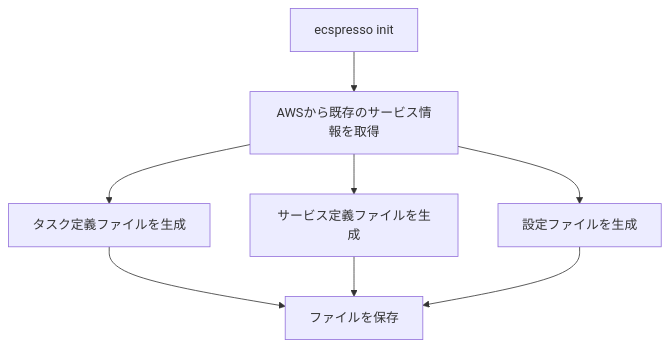
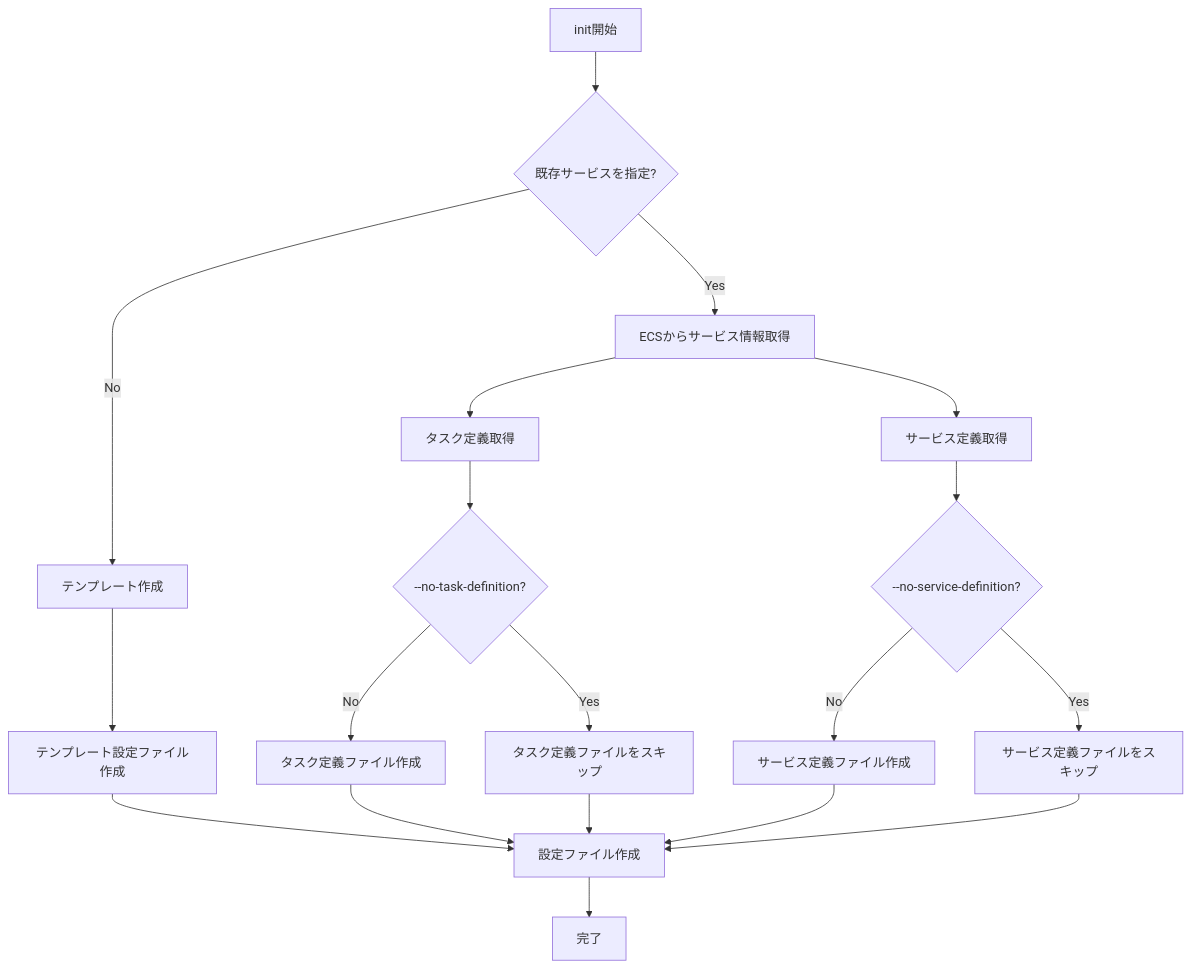
The diagram in ecspresso/commands/init.md (bufferings/devin-docs), drawn with Mermaid before and after one commit. The commit also changed other lines of this file and 29 other files, not shown here.

````diff
--- a/ecspresso/commands/init.md
+++ b/ecspresso/commands/init.md
@@ -87,10 +86,21 @@
 ```mermaid
 graph TD
-    A[ecspresso init] --> B[AWSから既存のサービス情報を取得]
-    B --> C[タスク定義ファイルを生成]
-    B --> D[サービス定義ファイルを生成]
-    B --> E[設定ファイルを生成]
-    C --> F[ファイルを保存]
-    D --> F
-    E --> F
+    A[init開始] --> B{既存サービスを指定?}
+    B -->|Yes| C[ECSからサービス情報取得]
+    B -->|No| D[テンプレート作成]
+    C --> E[タスク定義取得]
+    C --> F[サービス定義取得]
+    D --> G[テンプレート設定ファイル作成]
+    E --> H{--no-task-definition?}
+    F --> I{--no-service-definition?}
+    H -->|No| J[タスク定義ファイル作成]
+    H -->|Yes| K[タスク定義ファイルをスキップ]
+    I -->|No| L[サービス定義ファイル作成]
+    I -->|Yes| M[サービス定義ファイルをスキップ]
+    G --> N[設定ファイル作成]
+    J --> N
+    K --> N
+    L --> N
+    M --> N
+    N --> O[完了]
 ```
````
